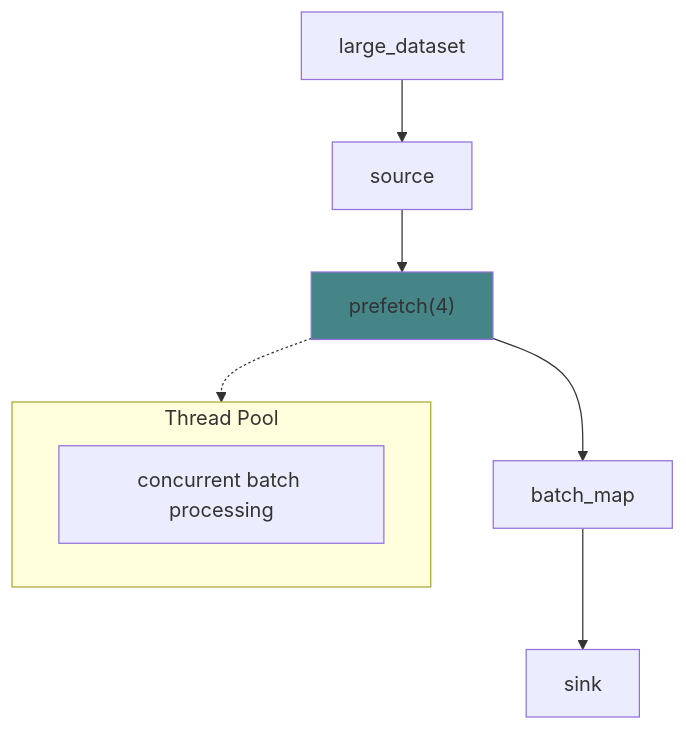
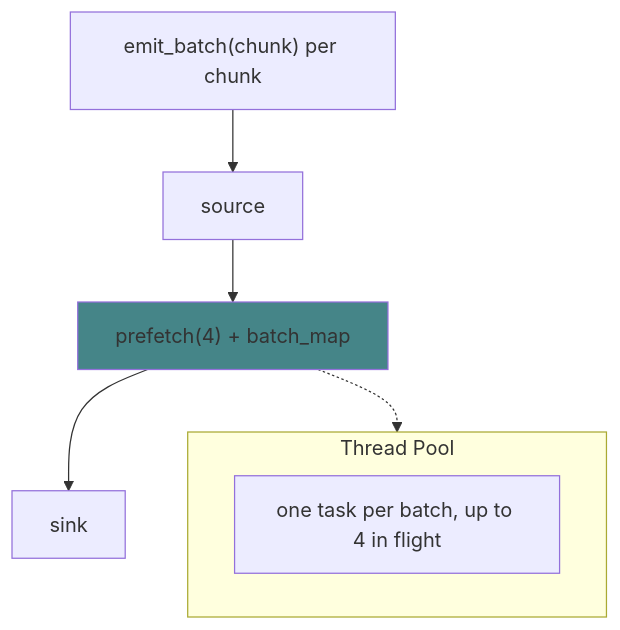
One commit to IsaacTay/akayu changed the seventh of 9 diagrams in docs/features/batch-processing.md. Above: the diagram before and after it, drawn with Mermaid. The commit also changed other lines of this file and 19 other files, not shown here.

````diff
--- a/docs/features/batch-processing.md
+++ b/docs/features/batch-processing.md
@@ -273,15 +293,14 @@
 ```mermaid
 flowchart TD
-    I[large_dataset] --> S[source]
-    S --> P["prefetch(4)"]
-    P --> B[batch_map]
-    B --> K[sink]
+    I["emit_batch(chunk) per chunk"] --> S[source]
+    S --> P["prefetch(4) + batch_map"]
+    P --> K[sink]
 
     subgraph pool [Thread Pool]
-        W["concurrent batch processing"]
+        W["one task per batch, up to 4 in flight"]
     end
 
     P -.-> pool
 
     style P fill:#458588
 ```
````
